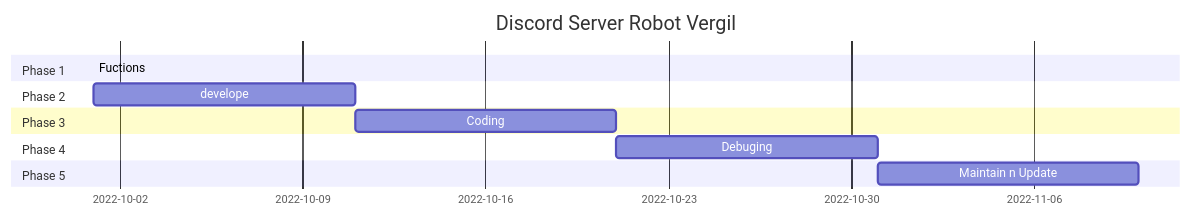
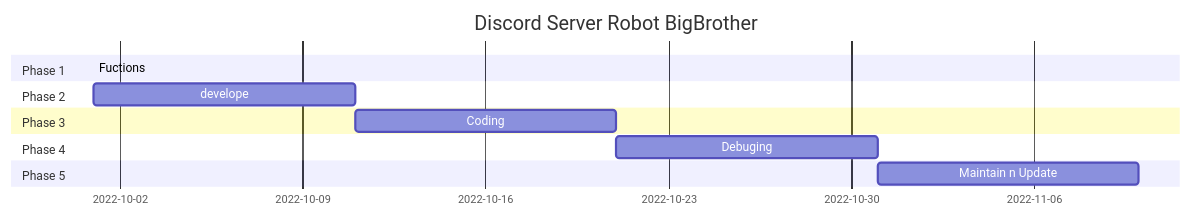
One commit to C109118214/Group02 changed the first of 2 diagrams in hw1.md. Above: the diagram before and after it, drawn with Mermaid.

Commit message:
Change name

````diff
--- a/hw1.md
+++ b/hw1.md
@@ -27,17 +27,17 @@
 ```mermaid
 gantt
-    title Discord Server Robot Vergil
+    title Discord Server Robot BigBrother
 
     section Phase 1
     Fuctions           :         des1,2022-10-01   , 2022-10-10
     section Phase 2
     develope           :         des2, after des1  , 10d
     section Phase 3
     Coding             :         des3, after des2  , 10d
     section Phase 4
     Debuging           :         des4, after des3  , 10d
     section Phase 5
     Maintain n Update  :         des5, after des4  , 10d
     
 
 ```
````
